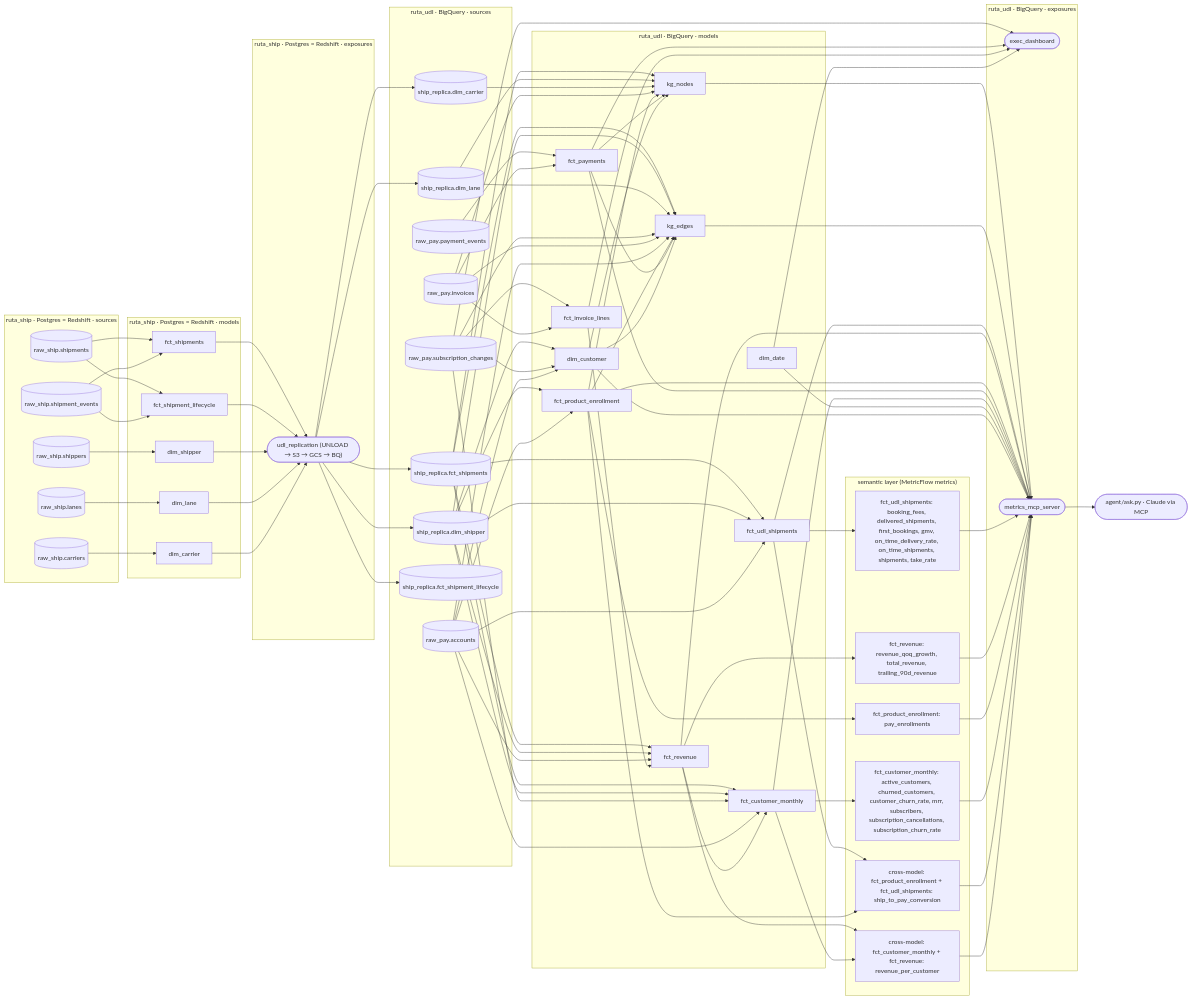
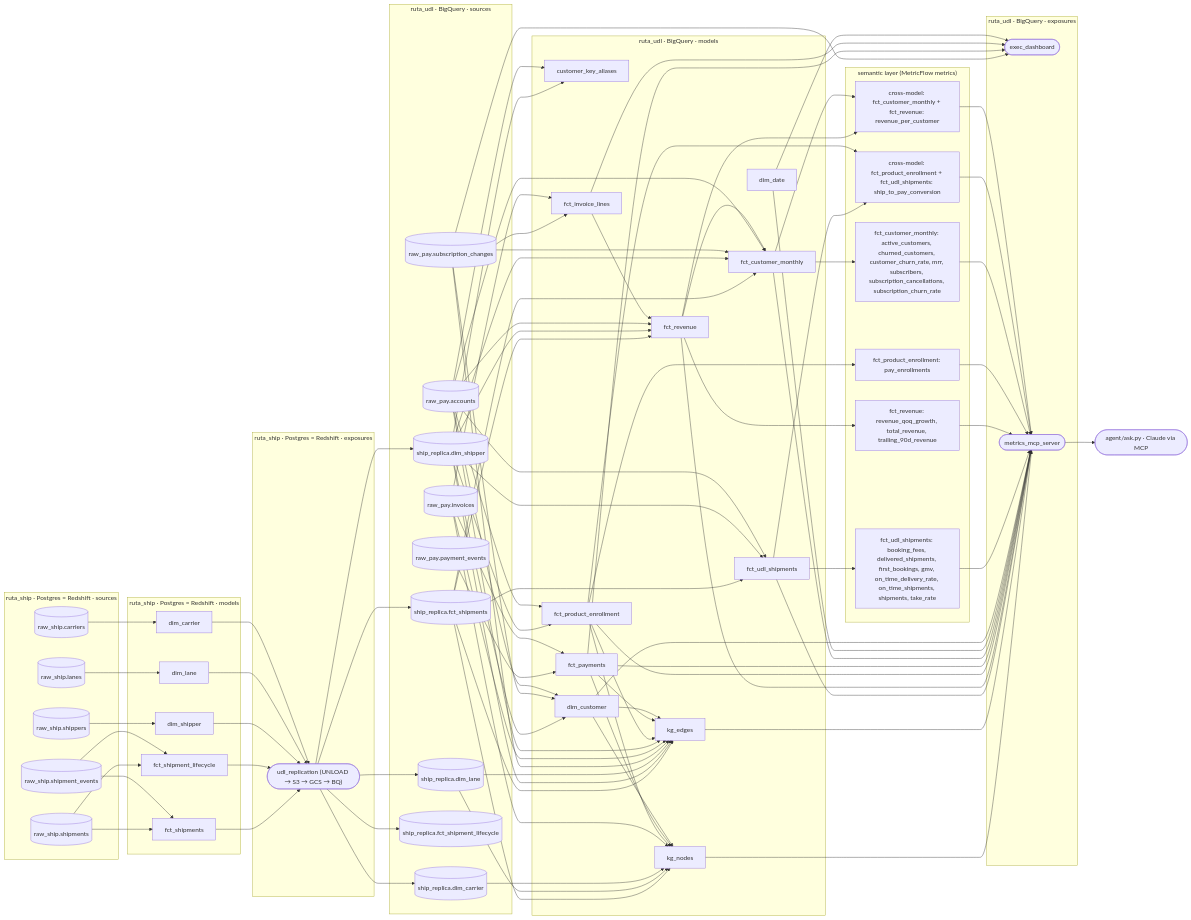
One commit to nachhh/rutagroup changed the diagram in docs/diagrams/end-to-end-lineage.md. Above: the diagram before and after it, drawn with Mermaid. The commit also changed 16 other files, not shown here.

Commit message:
Phase 7s2: customer key registry (append-only, oldest key wins, aliases for retired keys) so canonical keys survive re-matching; data-driven migration keeps existing keys

```diff
--- a/docs/diagrams/end-to-end-lineage.md
+++ b/docs/diagrams/end-to-end-lineage.md
@@ -23,7 +23,19 @@
   subgraph ruta_ship___Postgres___Redshift___exposures["ruta_ship · Postgres = Redshift · exposures"]
     exposure_ruta_ship_udl_replication(["udl_replication (UNLOAD → S3 → GCS → BQ)"])
   end
+  subgraph ruta_udl___BigQuery___sources["ruta_udl · BigQuery · sources"]
+    source_ruta_udl_raw_pay_accounts[("raw_pay.accounts")]
+    source_ruta_udl_raw_pay_invoices[("raw_pay.invoices")]
+    source_ruta_udl_raw_pay_payment_events[("raw_pay.payment_events")]
+    source_ruta_udl_raw_pay_subscription_changes[("raw_pay.subscription_changes")]
+    source_ruta_udl_ship_replica_dim_carrier[("ship_replica.dim_carrier")]
+    source_ruta_udl_ship_replica_dim_lane[("ship_replica.dim_lane")]
+    source_ruta_udl_ship_replica_dim_shipper[("ship_replica.dim_shipper")]
+    source_ruta_udl_ship_replica_fct_shipment_lifecycle[("ship_replica.fct_shipment_lifecycle")]
+    source_ruta_udl_ship_replica_fct_shipments[("ship_replica.fct_shipments")]
+  end
   subgraph ruta_udl___BigQuery___models["ruta_udl · BigQuery · models"]
+    model_ruta_udl_customer_key_aliases["customer_key_aliases"]
     model_ruta_udl_dim_customer["dim_customer"]
     model_ruta_udl_dim_date["dim_date"]
     model_ruta_udl_fct_customer_monthly["fct_customer_monthly"]
@@ -34,17 +46,6 @@
     model_ruta_udl_fct_udl_shipments["fct_udl_shipments"]
     model_ruta_udl_kg_edges["kg_edges"]
     model_ruta_udl_kg_nodes["kg_nodes"]
-  end
-  subgraph ruta_udl___BigQuery___sources["ruta_udl · BigQuery · sources"]
-    source_ruta_udl_raw_pay_accounts[("raw_pay.accounts")]
-    source_ruta_udl_raw_pay_invoices[("raw_pay.invoices")]
-    source_ruta_udl_raw_pay_payment_events[("raw_pay.payment_events")]
-    source_ruta_udl_raw_pay_subscription_changes[("raw_pay.subscription_changes")]
-    source_ruta_udl_ship_replica_dim_carrier[("ship_replica.dim_carrier")]
-    source_ruta_udl_ship_replica_dim_lane[("ship_replica.dim_lane")]
-    source_ruta_udl_ship_replica_dim_shipper[("ship_replica.dim_shipper")]
-    source_ruta_udl_ship_replica_fct_shipment_lifecycle[("ship_replica.fct_shipment_lifecycle")]
-    source_ruta_udl_ship_replica_fct_shipments[("ship_replica.fct_shipments")]
   end
   subgraph ruta_udl___BigQuery___exposures["ruta_udl · BigQuery · exposures"]
     exposure_ruta_udl_exec_dashboard(["exec_dashboard"])
@@ -109,6 +110,7 @@
   source_ruta_ship_raw_ship_shipments --> model_ruta_ship_fct_shipment_lifecycle
   source_ruta_ship_raw_ship_shipments --> model_ruta_ship_fct_shipments
   source_ruta_ship_raw_ship_shippers --> model_ruta_ship_dim_shipper_v2
+  source_ruta_udl_raw_pay_accounts --> model_ruta_udl_customer_key_aliases
   source_ruta_udl_raw_pay_accounts --> model_ruta_udl_dim_customer
   source_ruta_udl_raw_pay_accounts --> model_ruta_udl_fct_customer_monthly
   source_ruta_udl_raw_pay_accounts --> model_ruta_udl_fct_product_enrollment
@@ -128,6 +130,7 @@
   source_ruta_udl_ship_replica_dim_carrier --> model_ruta_udl_kg_nodes
   source_ruta_udl_ship_replica_dim_lane --> model_ruta_udl_kg_edges
   source_ruta_udl_ship_replica_dim_lane --> model_ruta_udl_kg_nodes
+  source_ruta_udl_ship_replica_dim_shipper --> model_ruta_udl_customer_key_aliases
   source_ruta_udl_ship_replica_dim_shipper --> model_ruta_udl_dim_customer
   source_ruta_udl_ship_replica_dim_shipper --> model_ruta_udl_fct_customer_monthly
   source_ruta_udl_ship_replica_dim_shipper --> model_ruta_udl_fct_product_enrollment
```
